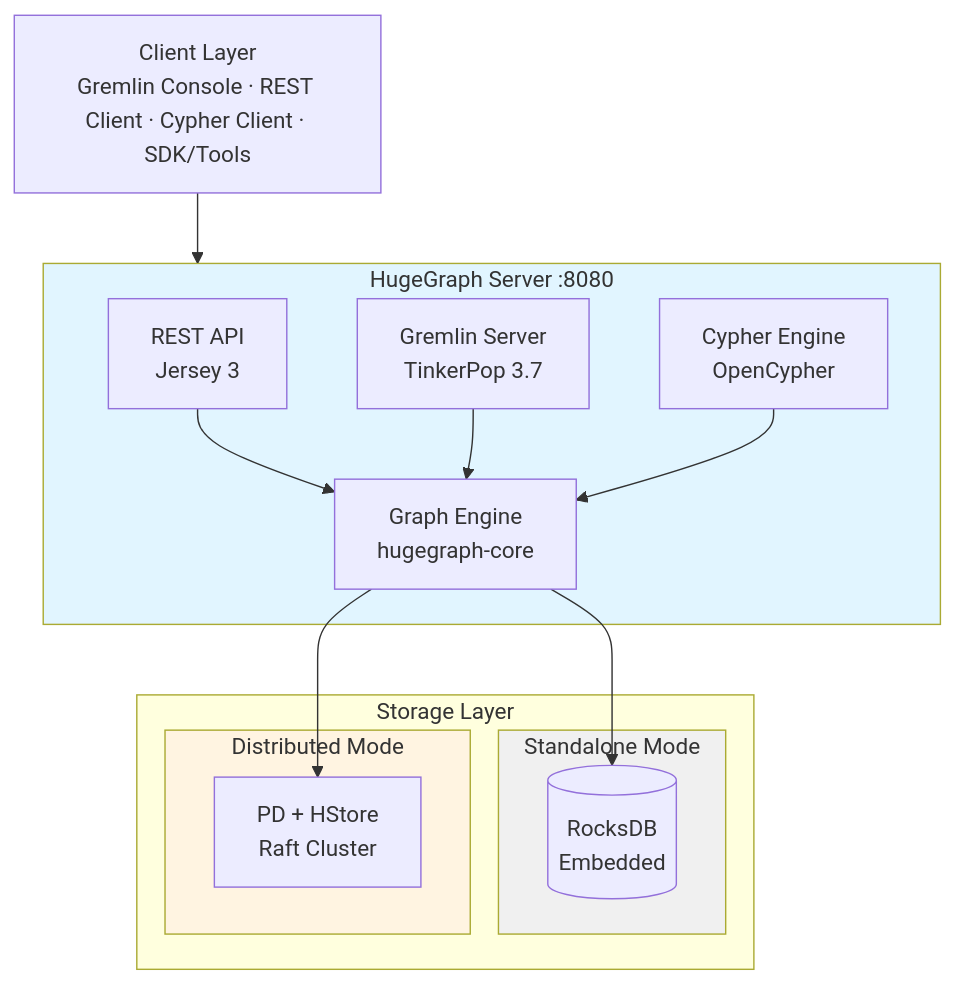
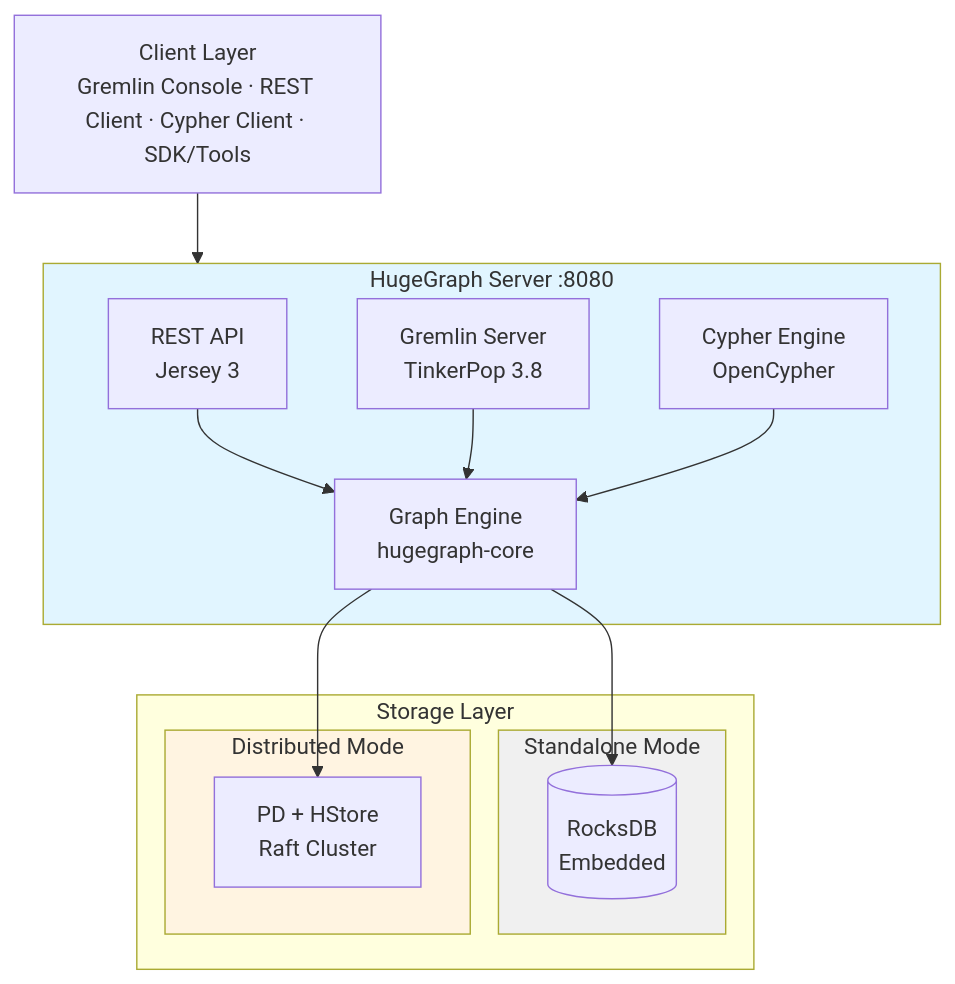
The diagram in README.md (hugegraph/hugegraph), drawn with Mermaid before and after one commit. The commit also changed other lines of this file and 26 other files, not shown here.

Commit message:
refactor(server): upgrade TinkerPop to 3.8.1

````diff
--- a/README.md
+++ b/README.md
@@ -122,33 +122,33 @@
 ```mermaid
 flowchart TB
     CLIENTS["Client Layer<br/>Gremlin Console · REST Client · Cypher Client · SDK/Tools"]
 
     subgraph Server["HugeGraph Server :8080"]
         API[REST API<br/>Jersey 3]
-        GS[Gremlin Server<br/>TinkerPop 3.7]
+        GS[Gremlin Server<br/>TinkerPop 3.8]
         CS[Cypher Engine<br/>OpenCypher]
         CORE[Graph Engine<br/>hugegraph-core]
 
         API --> CORE
         GS --> CORE
         CS --> CORE
     end
 
     subgraph Storage["Storage Layer"]
         subgraph Standalone["Standalone Mode"]
             ROCKS[(RocksDB<br/>Embedded)]
         end
 
         subgraph Distributed["Distributed Mode"]
             PD_HSTORE[PD + HStore<br/>Raft Cluster]
         end
     end
 
     CLIENTS --> Server
     CORE --> ROCKS
     CORE --> PD_HSTORE
 
     style Server fill:#e1f5ff
     style Distributed fill:#fff4e1
     style Standalone fill:#f0f0f0
 ```
````
